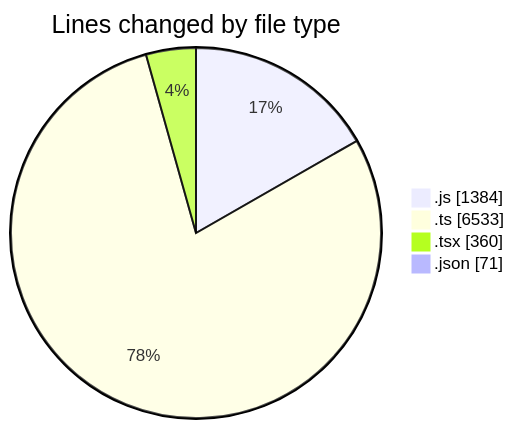
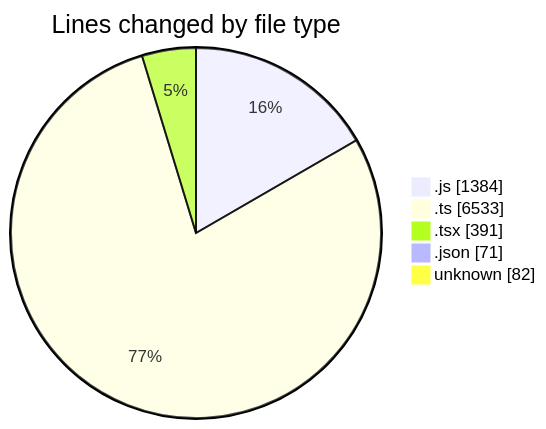
Before and after one commit to momahboobian/code-tracking: the first of 2 diagrams in 2026-02-04/cda/README.md, drawn with Mermaid. The commit also changed other lines of this file and 1 other file, not shown here.

````diff
--- a/2026-02-04/cda/README.md
+++ b/2026-02-04/cda/README.md
@@ -31,8 +33,9 @@
 ```mermaid
 pie showData
 title Lines changed by file type
 ".js" : 1384
 ".ts" : 6533
-".tsx" : 360
+".tsx" : 391
 ".json" : 71
+"unknown" : 82
 ```
````
